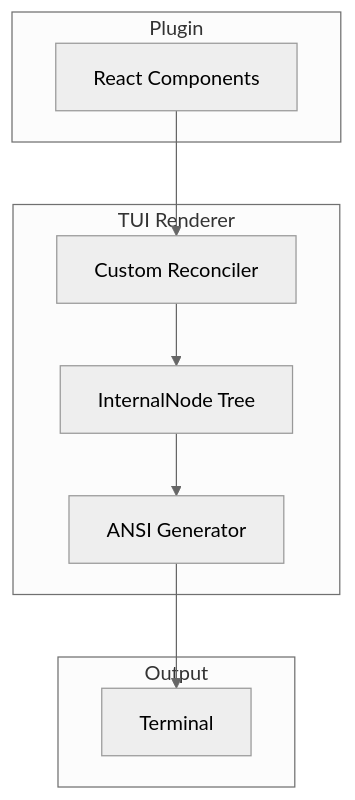
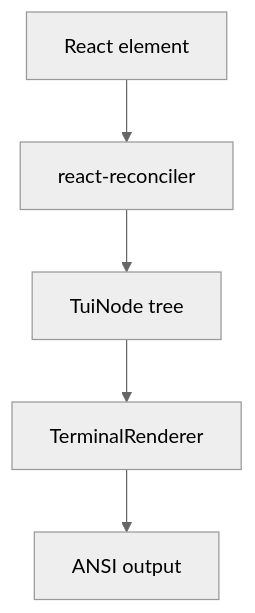
The diagram in .repowiki/en/content/Packages/TUI Renderer.md (HuakunShen/uniview), drawn with Mermaid (neutral theme) before and after one commit. The commit also changed other lines of this file and 31 other files, not shown here.

````diff
--- a/.repowiki/en/content/Packages/TUI Renderer.md
+++ b/.repowiki/en/content/Packages/TUI Renderer.md
@@ -42,21 +42,7 @@
 ```mermaid
 graph TD
-    subgraph Plugin
-        RC[React Components]
-    end
-
-    subgraph TUI Renderer
-        RR[Custom Reconciler]
-        IN[InternalNode Tree]
-        ANS[ANSI Generator]
-    end
-
-    subgraph Output
-        TERM[Terminal]
-    end
-
-    RC --> RR
-    RR --> IN
-    IN --> ANS
-    ANS --> TERM
+    React[React element] --> Reconciler[react-reconciler]
+    Reconciler --> Tree[TuiNode tree]
+    Tree --> Terminal[TerminalRenderer]
+    Terminal --> ANSI[ANSI output]
 ```
````
